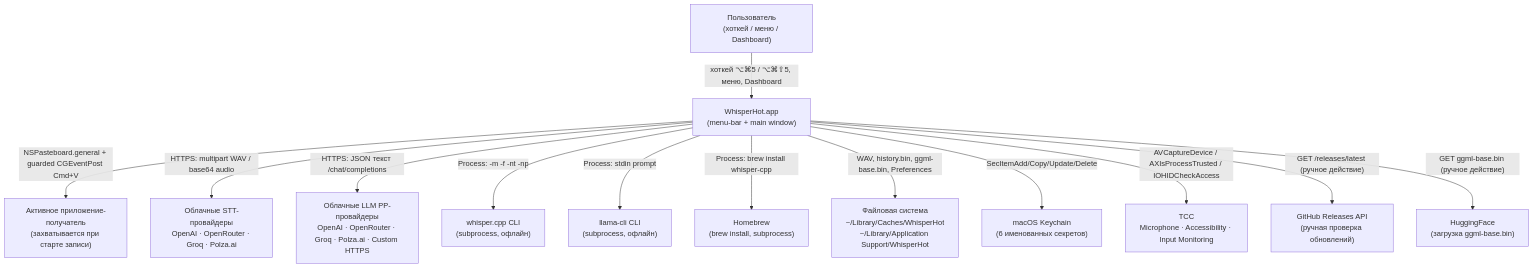
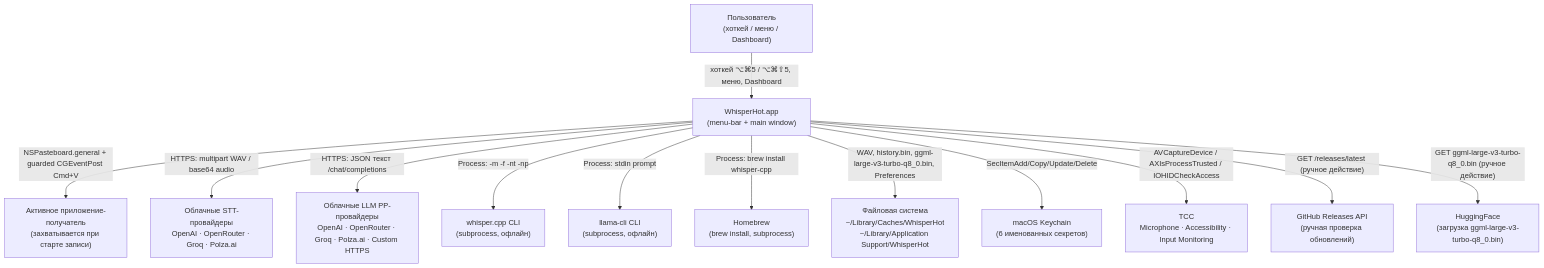
Before and after one commit to LexorCrypto/whisper-hot: the first of 4 diagrams in SPEC.md, drawn with Mermaid. The commit also changed other lines of this file and 7 other files, not shown here.

First line of the commit message:
feat(stt): switch one-click local model to large-v3-turbo q8

````diff
--- a/SPEC.md
+++ b/SPEC.md
@@ -96,29 +96,29 @@
 ```mermaid
 graph TD
     User["Пользователь<br/>(хоткей / меню / Dashboard)"]
     App["WhisperHot.app<br/>(menu-bar + main window)"]
     Target["Активное приложение-получатель<br/>(захватывается при старте записи)"]
     STT["Облачные STT-провайдеры<br/>OpenAI · OpenRouter · Groq · Polza.ai"]
     PP["Облачные LLM PP-провайдеры<br/>OpenAI · OpenRouter · Groq · Polza.ai · Custom HTTPS"]
     LocalSTT["whisper.cpp CLI<br/>(subprocess, офлайн)"]
     LocalLLM["llama-cli CLI<br/>(subprocess, офлайн)"]
     Brew["Homebrew<br/>(brew install, subprocess)"]
     FS["Файловая система<br/>~/Library/Caches/WhisperHot<br/>~/Library/Application Support/WhisperHot"]
     KC["macOS Keychain<br/>(6 именованных секретов)"]
     TCC["TCC<br/>Microphone · Accessibility · Input Monitoring"]
     GH["GitHub Releases API<br/>(ручная проверка обновлений)"]
-    HF["HuggingFace<br/>(загрузка ggml-base.bin)"]
+    HF["HuggingFace<br/>(загрузка ggml-large-v3-turbo-q8_0.bin)"]
 
     User -->|"хоткей ⌥⌘5 / ⌥⌘⇧5, меню, Dashboard"| App
     App -->|"NSPasteboard.general + guarded CGEventPost Cmd+V"| Target
     App -->|"HTTPS: multipart WAV / base64 audio"| STT
     App -->|"HTTPS: JSON текст /chat/completions"| PP
     App -->|"Process: -m -f -nt -np"| LocalSTT
     App -->|"Process: stdin prompt"| LocalLLM
     App -->|"Process: brew install whisper-cpp"| Brew
-    App -->|"WAV, history.bin, ggml-base.bin, Preferences"| FS
+    App -->|"WAV, history.bin, ggml-large-v3-turbo-q8_0.bin, Preferences"| FS
     App -->|"SecItemAdd/Copy/Update/Delete"| KC
     App -->|"AVCaptureDevice / AXIsProcessTrusted / IOHIDCheckAccess"| TCC
     App -->|"GET /releases/latest (ручное действие)"| GH
-    App -->|"GET ggml-base.bin (ручное действие)"| HF
+    App -->|"GET ggml-large-v3-turbo-q8_0.bin (ручное действие)"| HF
 ```
````
